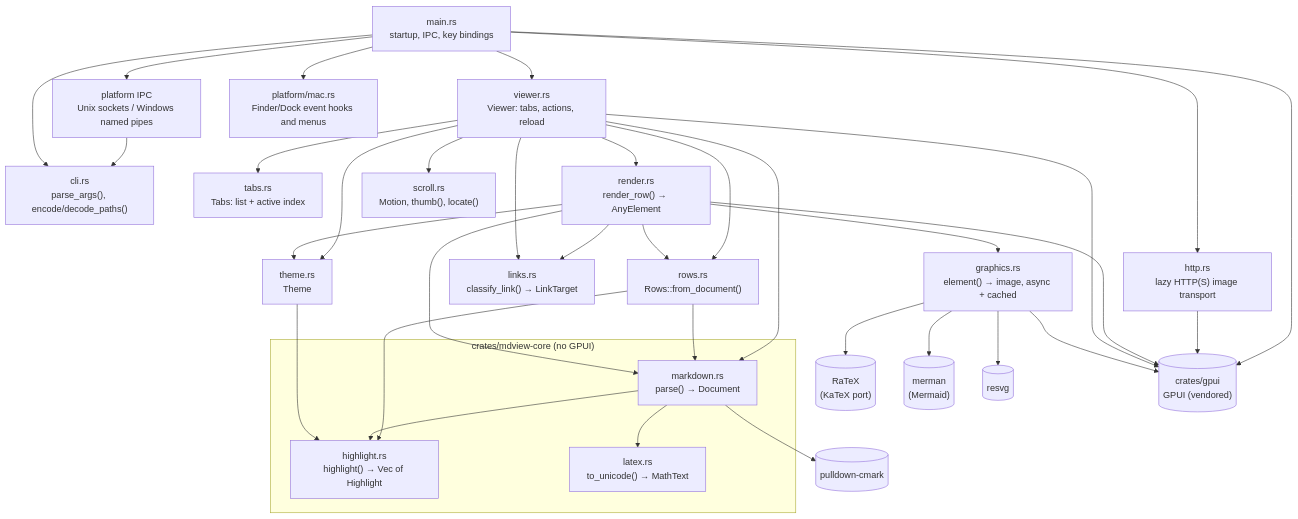
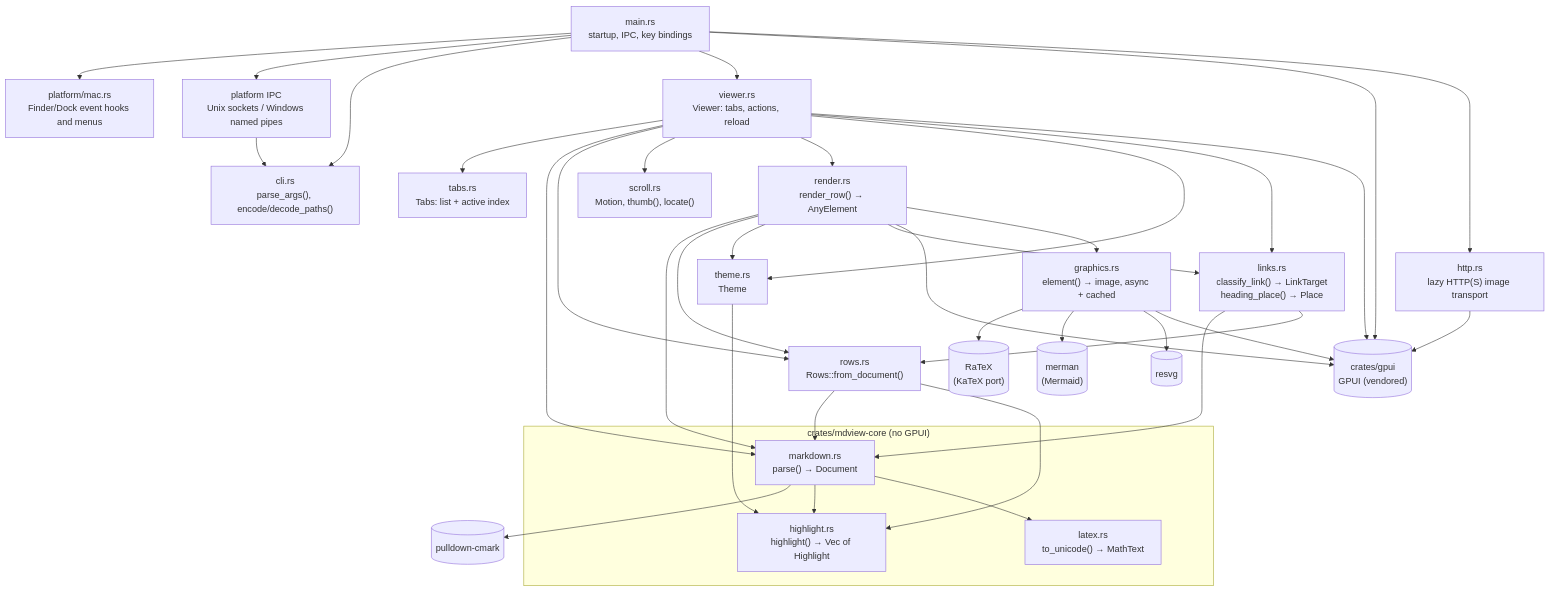
One commit to JorgeAgar/markdown-viewer-zed changed the first of 6 diagrams in docs/architecture.md. Above: the diagram before and after it, drawn with Mermaid. The commit also changed other lines of this file and 5 other files, not shown here.

````diff
--- a/docs/architecture.md
+++ b/docs/architecture.md
@@ -33,59 +33,61 @@
 ```mermaid
 flowchart TD
     main["main.rs<br/>startup, IPC, key bindings"]
     cli["cli.rs<br/>parse_args(), encode/decode_paths()"]
     viewer["viewer.rs<br/>Viewer: tabs, actions, reload"]
     tabs["tabs.rs<br/>Tabs: list + active index"]
     subgraph core["crates/mdview-core (no GPUI)"]
         markdown["markdown.rs<br/>parse() → Document"]
         highlight["highlight.rs<br/>highlight() → Vec of Highlight"]
         latex["latex.rs<br/>to_unicode() → MathText"]
     end
     graphics["graphics.rs<br/>element() → image, async + cached"]
     ratex[("RaTeX<br/>(KaTeX port)")]
     merman[("merman<br/>(Mermaid)")]
     resvg[("resvg")]
     render["render.rs<br/>render_row() → AnyElement"]
     rows["rows.rs<br/>Rows::from_document()"]
     scroll["scroll.rs<br/>Motion, thumb(), locate()"]
-    links["links.rs<br/>classify_link() → LinkTarget"]
+    links["links.rs<br/>classify_link() → LinkTarget<br/>heading_place() → Place"]
     theme["theme.rs<br/>Theme"]
     gpui[("crates/gpui<br/>GPUI (vendored)")]
     cmark[("pulldown-cmark")]
 
     ipc["platform IPC<br/>Unix sockets / Windows named pipes"]
     mac["platform/mac.rs<br/>Finder/Dock event hooks and menus"]
     main --> mac
     main --> ipc
     ipc --> cli
     main --> cli
     main --> viewer
     viewer --> tabs
     main --> gpui
     viewer --> markdown
     viewer --> rows
     viewer --> scroll
     viewer --> render
     viewer --> theme
     rows --> markdown
     rows --> highlight
     render --> markdown
     render --> rows
     render --> theme
     render --> links
     viewer --> links
+    links --> markdown
+    links --> rows
     http["http.rs<br/>lazy HTTP(S) image transport"]
     main --> http
     http --> gpui
     render --> gpui
     viewer --> gpui
     markdown --> cmark
     markdown --> highlight
     markdown --> latex
     theme --> highlight
     render --> graphics
     graphics --> ratex
     graphics --> merman
     graphics --> resvg
     graphics --> gpui
 ```
````
